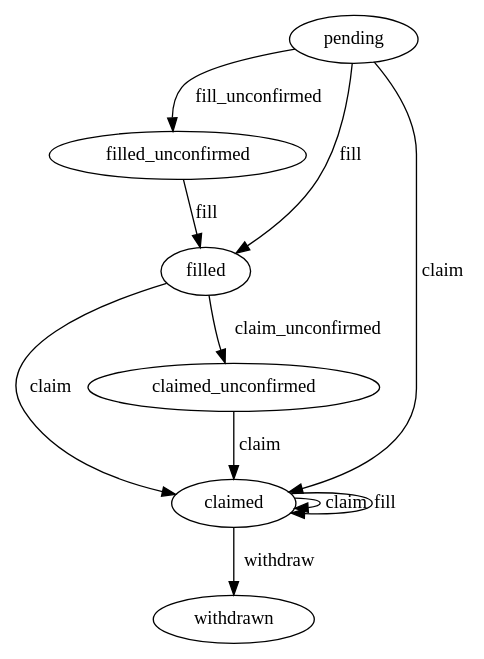
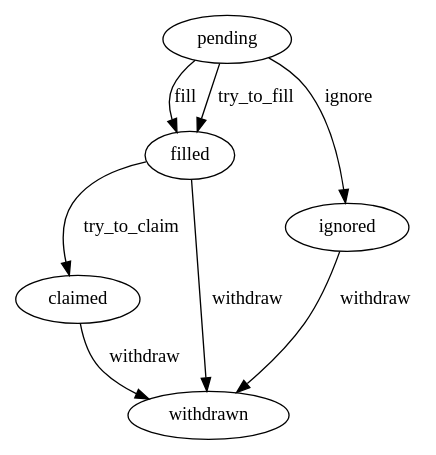
One commit to beamer-bridge/beamer changed the diagram in docs/source/request_state_machine.dot. Above: the diagram before and after it, drawn with Graphviz. The commit also changed 1 other file, not shown here.

```diff
--- a/docs/source/request_state_machine.dot
+++ b/docs/source/request_state_machine.dot
@@ -1,14 +1,11 @@
 digraph request_state_machine {
-    node [] pending, filled_unconfirmed, filled, claimed, withdrawn;
+    node [] pending, filled, claimed, withdrawn, ignored;
 
-    pending -> filled_unconfirmed [label = fill_unconfirmed];
     pending -> filled [label = fill];
-    pending -> claimed [label = claim];
-    filled -> claimed [label = claim];
-    filled -> claimed_unconfirmed [label = claim_unconfirmed];
-    filled_unconfirmed -> filled [label = fill];
-    claimed -> claimed [label = claim];
-    claimed -> claimed [label = fill];
+    pending -> filled [label = try_to_fill];
+    pending -> ignored [label = ignore];
+    filled -> claimed [label = try_to_claim];
     claimed -> withdrawn [label = withdraw];
-    claimed_unconfirmed -> claimed [label = claim];
+    filled -> withdrawn [label = withdraw];
+    ignored -> withdrawn [label = withdraw];
 }
```
